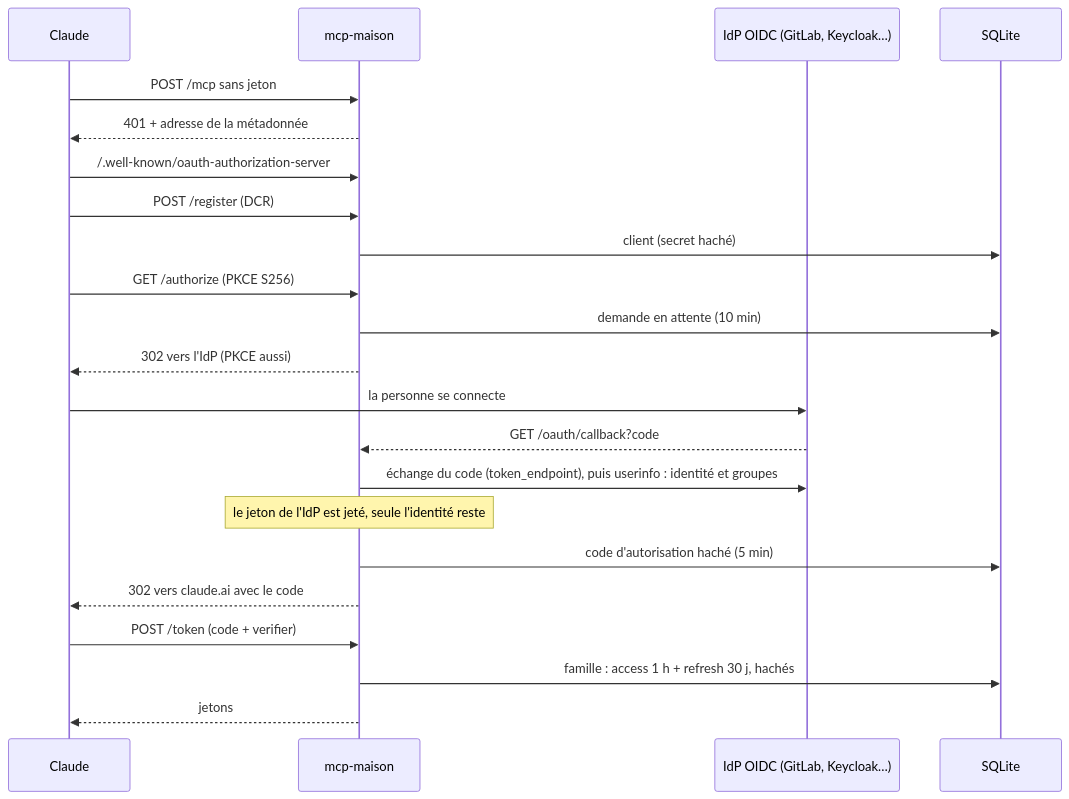
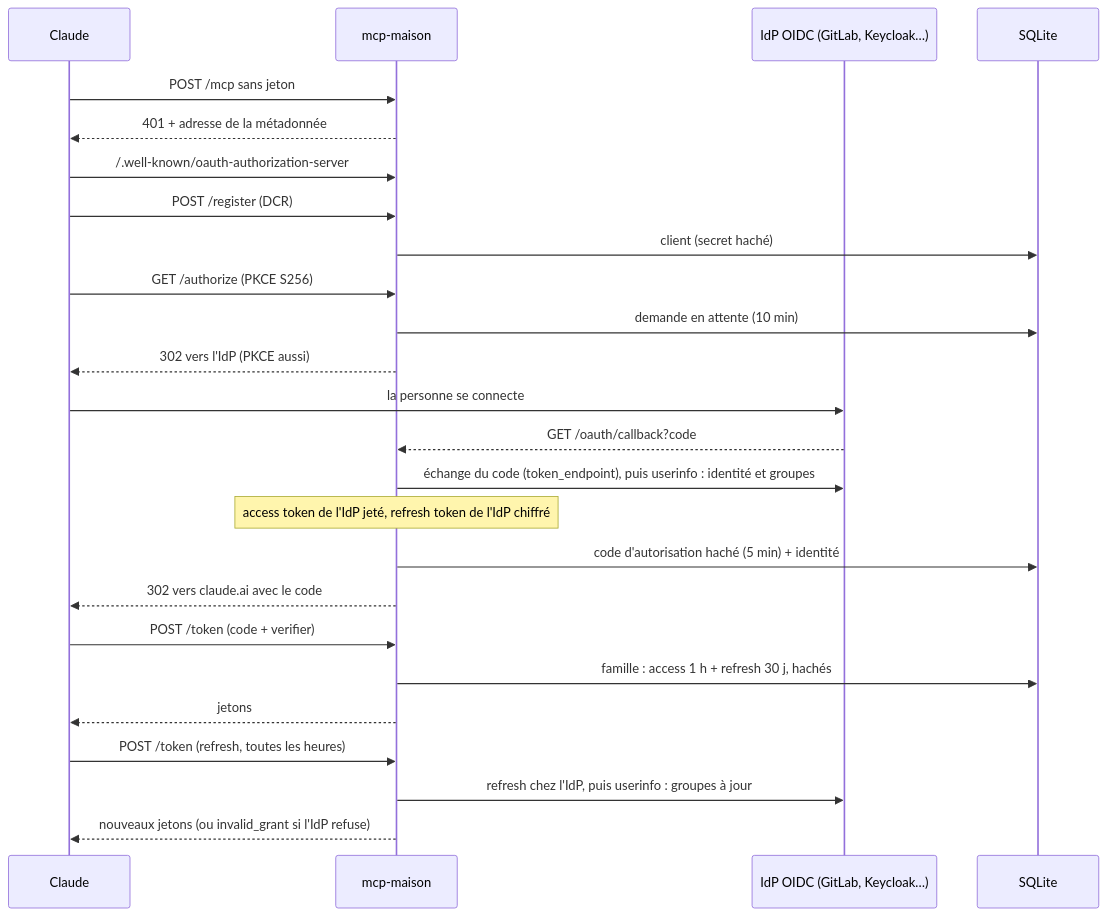
One commit to ldesfontaine/mcp-maison changed the first of 2 diagrams in docs/architecture.md. Above: the diagram before and after it, drawn with Mermaid. The commit also changed other lines of this file and 11 other files, not shown here.

Commit message:
feat(identite): groupes relus chez l'IdP à chaque refresh du jeton

````diff
--- a/docs/architecture.md
+++ b/docs/architecture.md
@@ -32,24 +32,27 @@
 ```mermaid
 sequenceDiagram
     participant C as Claude
     participant M as mcp-maison
     participant I as IdP OIDC (GitLab, Keycloak…)
     participant DB as SQLite
     C->>M: POST /mcp sans jeton
     M-->>C: 401 + adresse de la métadonnée
     C->>M: /.well-known/oauth-authorization-server
     C->>M: POST /register (DCR)
     M->>DB: client (secret haché)
     C->>M: GET /authorize (PKCE S256)
     M->>DB: demande en attente (10 min)
     M-->>C: 302 vers l'IdP (PKCE aussi)
     C->>I: la personne se connecte
     I-->>M: GET /oauth/callback?code
     M->>I: échange du code (token_endpoint), puis userinfo : identité et groupes
-    Note over M: le jeton de l'IdP est jeté, seule l'identité reste
-    M->>DB: code d'autorisation haché (5 min)
+    Note over M: access token de l'IdP jeté, refresh token de l'IdP chiffré
+    M->>DB: code d'autorisation haché (5 min) + identité
     M-->>C: 302 vers claude.ai avec le code
     C->>M: POST /token (code + verifier)
     M->>DB: famille : access 1 h + refresh 30 j, hachés
     M-->>C: jetons
+    C->>M: POST /token (refresh, toutes les heures)
+    M->>I: refresh chez l'IdP, puis userinfo : groupes à jour
+    M-->>C: nouveaux jetons (ou invalid_grant si l'IdP refuse)
 ```
````
